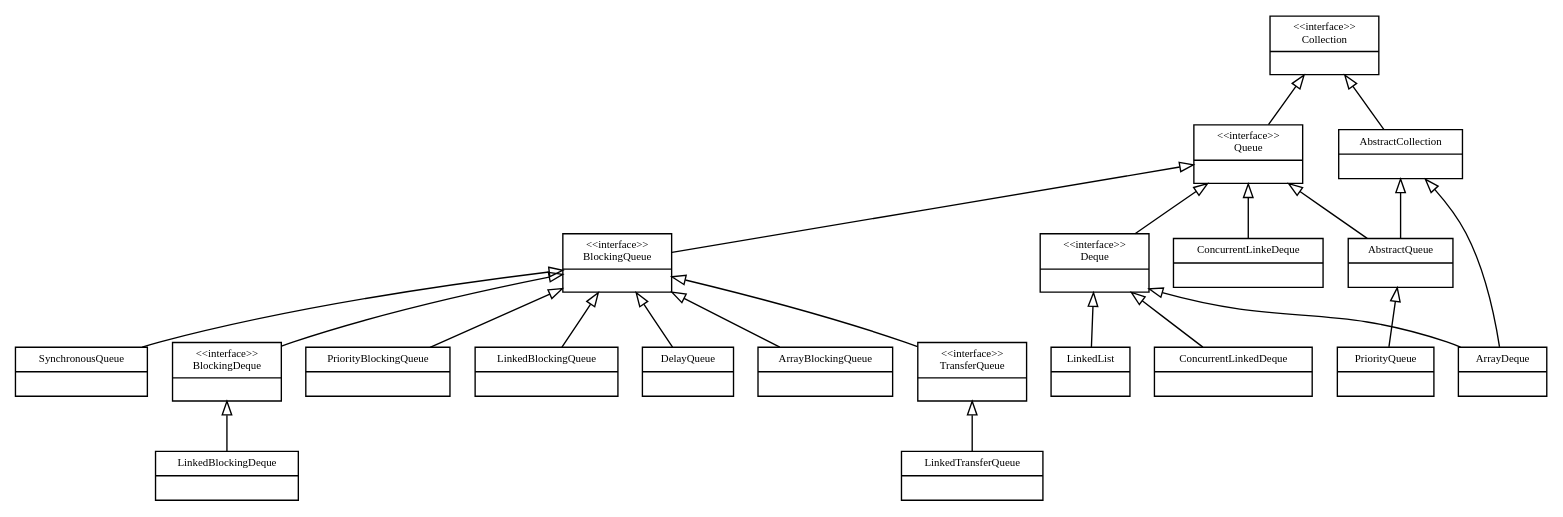
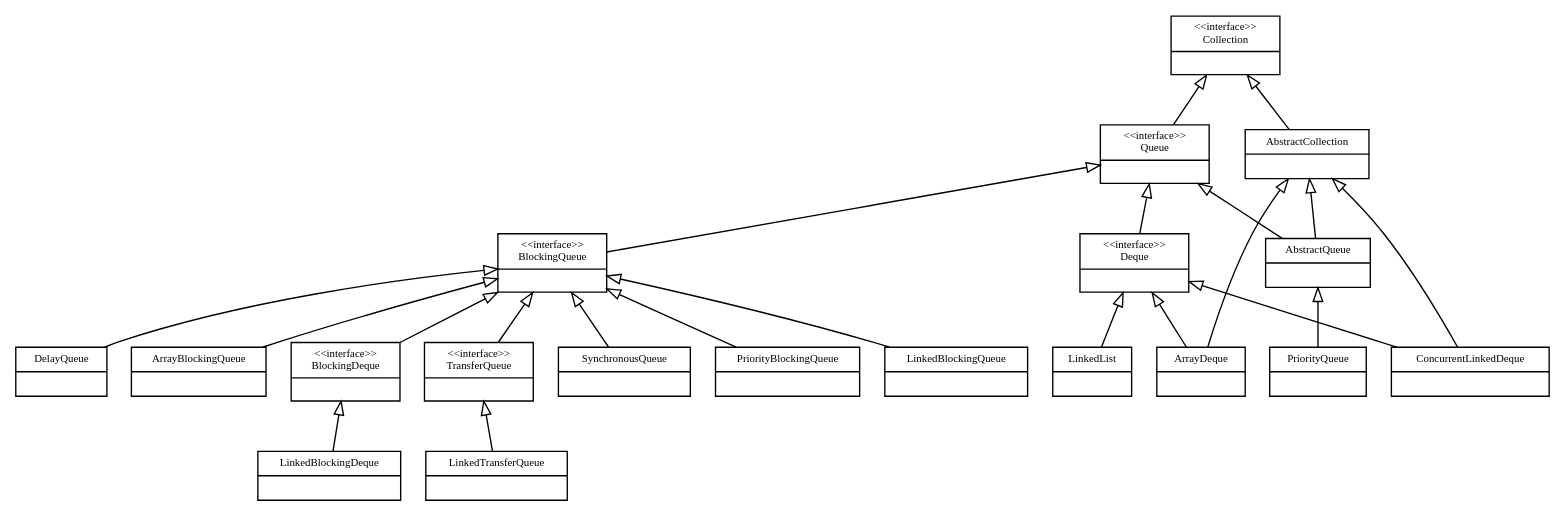
The diagram in java.util.Queue/queue_short.dot (StephanPraetsch/Datenstrukturen), drawn with Graphviz before and after one commit.

```diff
--- a/java.util.Queue/queue_short.dot
+++ b/java.util.Queue/queue_short.dot
@@ -1,142 +1,137 @@
 digraph Queue {
 fontname = "Bitstream Vera Sans"
 fontsize = 8
 
 node [
 fontname = "Bitstream Vera Sans"
 fontsize = 8
 shape = "record"
 ]
 
 edge [
 arrowtail = "empty"
 ]
 
 //interfaces
 Collection [
 label = "{\<\<interface\>\>\nCollection|\l}"
 ]
 
 Queue [
 label = "{\<\<interface\>\>\nQueue|\l}"
 ]
 
 BlockingQueue [
 label = "{\<\<interface\>\>\nBlockingQueue|\l}"
 ]
 
 BlockingDeque [
 label = "{\<\<interface\>\>\nBlockingDeque|\l}"
 ]
 
 TransferQueue [
 label = "{\<\<interface\>\>\nTransferQueue|\l}"
 ]
 
 Deque [
 label = "{\<\<interface\>\>\nDeque|\l}"
 ]
 
 //abstracts
 
 AbstractCollection [
 label = "{AbstractCollection|\l}"
 ]
 
 AbstractQueue [
 label = "{AbstractQueue|\l}"
 ]
 
 
 //implementations
 
 SynchronousQueue [
 label = "{SynchronousQueue|\l}"
 ]
 
 PriorityBlockingQueue [
 label = "{PriorityBlockingQueue|\l}"
 ]
 
 PriorityQueue [
 label = "{PriorityQueue|\l}"
 ]
 
 LinkedBlockingQueue [
 label = "{LinkedBlockingQueue|\l}"
 ]
 
 LinkedTransferQueue [
 label = "{LinkedTransferQueue|\l}"
 ]
 
 LinkedList [
 label = "{LinkedList|\l}"
 ]
 
-ConcurrentLinkeDeque [
-label = "{ConcurrentLinkeDeque|\l}"
-]
-
 DelayQueue [
 label = "{DelayQueue|\l}"
 ]
 
 LinkedBlockingDeque [
 label = "{LinkedBlockingDeque|\l}"
 ]
 
 ConcurrentLinkedDeque [
 label = "{ConcurrentLinkedDeque|\l}"
 ]
 
 ArrayDeque [
 label = "{ArrayDeque|\l}"
 ]
 
 ArrayBlockingQueue [
 label = "{ArrayBlockingQueue|\l}"
 ]
 
 Collection -> Queue [dir=back]
 Collection -> AbstractCollection[dir=back]
 
 AbstractCollection -> AbstractQueue[dir=back]
 
 //Relations
 Queue -> AbstractQueue [dir=back]
 Queue -> BlockingQueue[dir=back]
 
 Queue -> Deque [dir=back]
 
 BlockingQueue -> BlockingDeque [dir=back]
 BlockingQueue -> TransferQueue [dir=back]
 
 BlockingQueue -> SynchronousQueue [dir=back]
 
 BlockingQueue -> PriorityBlockingQueue [dir=back]
 
 BlockingQueue -> ArrayBlockingQueue [dir=back]
 
 BlockingQueue -> DelayQueue [dir=back]
 
 BlockingQueue -> LinkedBlockingQueue [dir=back]
 
 BlockingDeque -> LinkedBlockingDeque [dir=back]
 
 TransferQueue -> LinkedTransferQueue [dir=back]
 
-Queue -> ConcurrentLinkeDeque [dir=back]
-
 Deque -> ConcurrentLinkedDeque [dir=back]
+AbstractCollection -> ConcurrentLinkedDeque [dir=back]
 
 AbstractQueue -> PriorityQueue [dir=back]
 
 Deque -> LinkedList [dir=back]
 
 AbstractCollection -> ArrayDeque [dir=back]
 Deque -> ArrayDeque [dir=back]
 }
 //packages?
 //wichtigsten Methonde der Interfaces
 //Verbingung zu AbstractQ entfernen? LinkedList Extended nicht 
```
